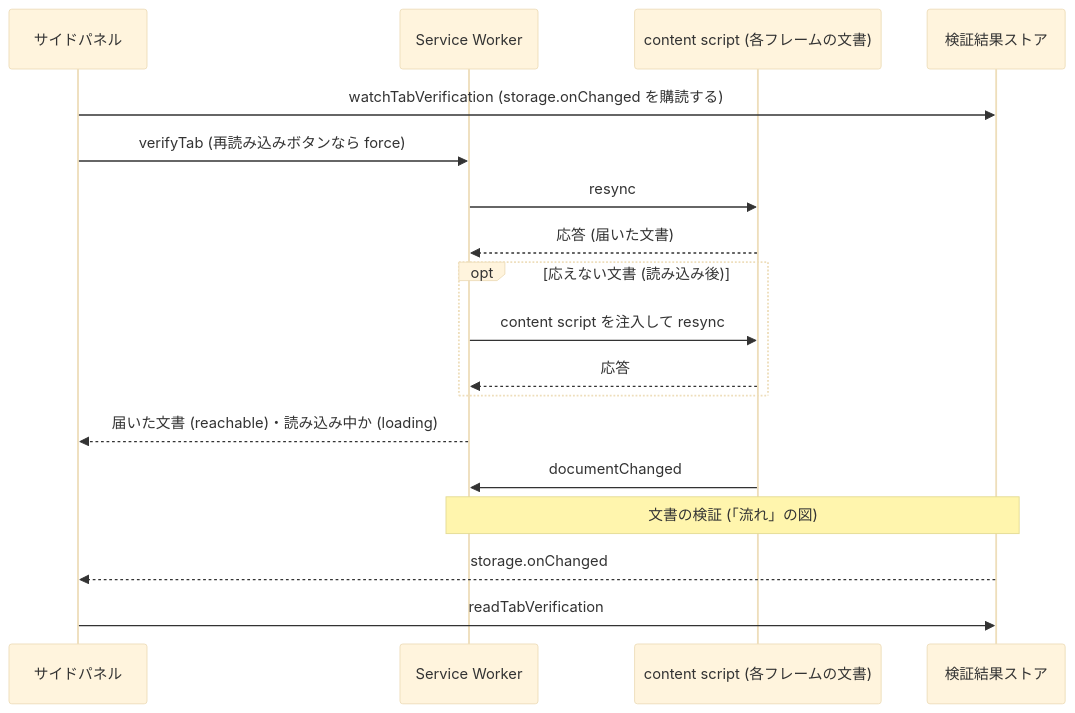
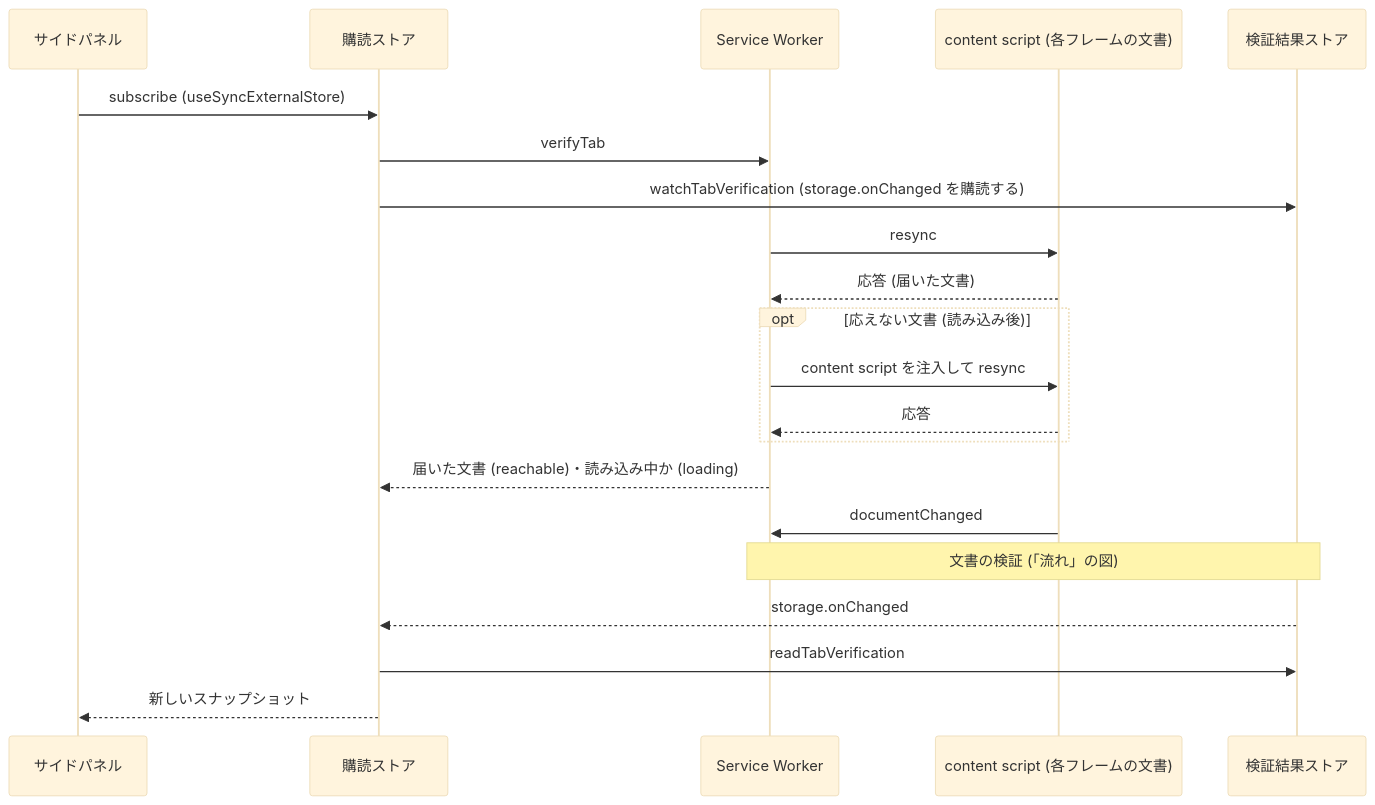
One commit to originator-profile/originator-profile changed the second of 2 diagrams in packages/extension-common/src/verification/README.md. Above: the diagram before and after it, drawn with Mermaid (base theme). The commit also changed other lines of this file and 10 other files, not shown here.

````diff
--- a/packages/extension-common/src/verification/README.md
+++ b/packages/extension-common/src/verification/README.md
@@ -180,21 +185,24 @@
 ```mermaid
 sequenceDiagram
 participant Panel as サイドパネル
+participant Sub as 購読ストア
 participant SW as Service Worker
 participant CS as content script (各フレームの文書)
 participant Store as 検証結果ストア
 
-Panel->>Store: watchTabVerification (storage.onChanged を購読する)
-Panel->>SW: verifyTab (再読み込みボタンなら force)
+Panel->>Sub: subscribe (useSyncExternalStore)
+Sub->>SW: verifyTab
+Sub->>Store: watchTabVerification (storage.onChanged を購読する)
 SW->>CS: resync
 CS-->>SW: 応答 (届いた文書)
 opt 応えない文書 (読み込み後)
   SW->>CS: content script を注入して resync
   CS-->>SW: 応答
 end
-SW-->>Panel: 届いた文書 (reachable)・読み込み中か (loading)
+SW-->>Sub: 届いた文書 (reachable)・読み込み中か (loading)
 CS->>SW: documentChanged
 Note over SW,Store: 文書の検証 (「流れ」の図)
-Store-->>Panel: storage.onChanged
-Panel->>Store: readTabVerification
+Store-->>Sub: storage.onChanged
+Sub->>Store: readTabVerification
+Sub-->>Panel: 新しいスナップショット
 ```
````
